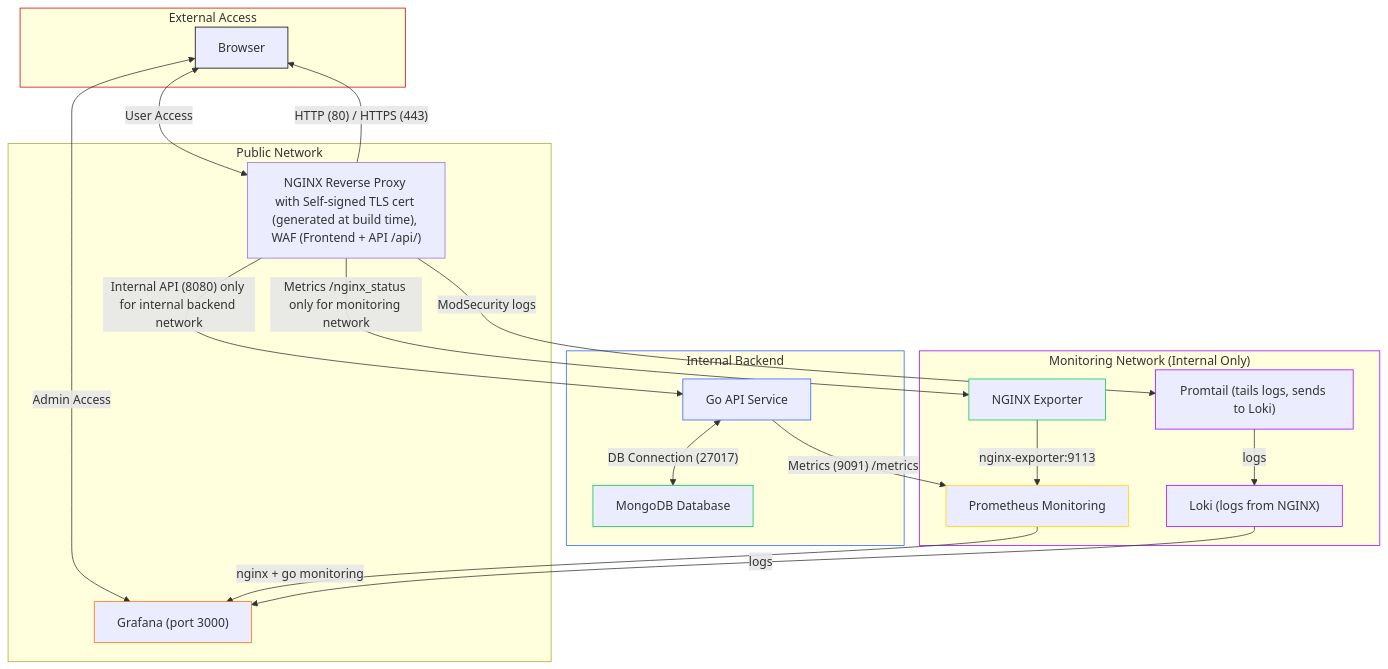
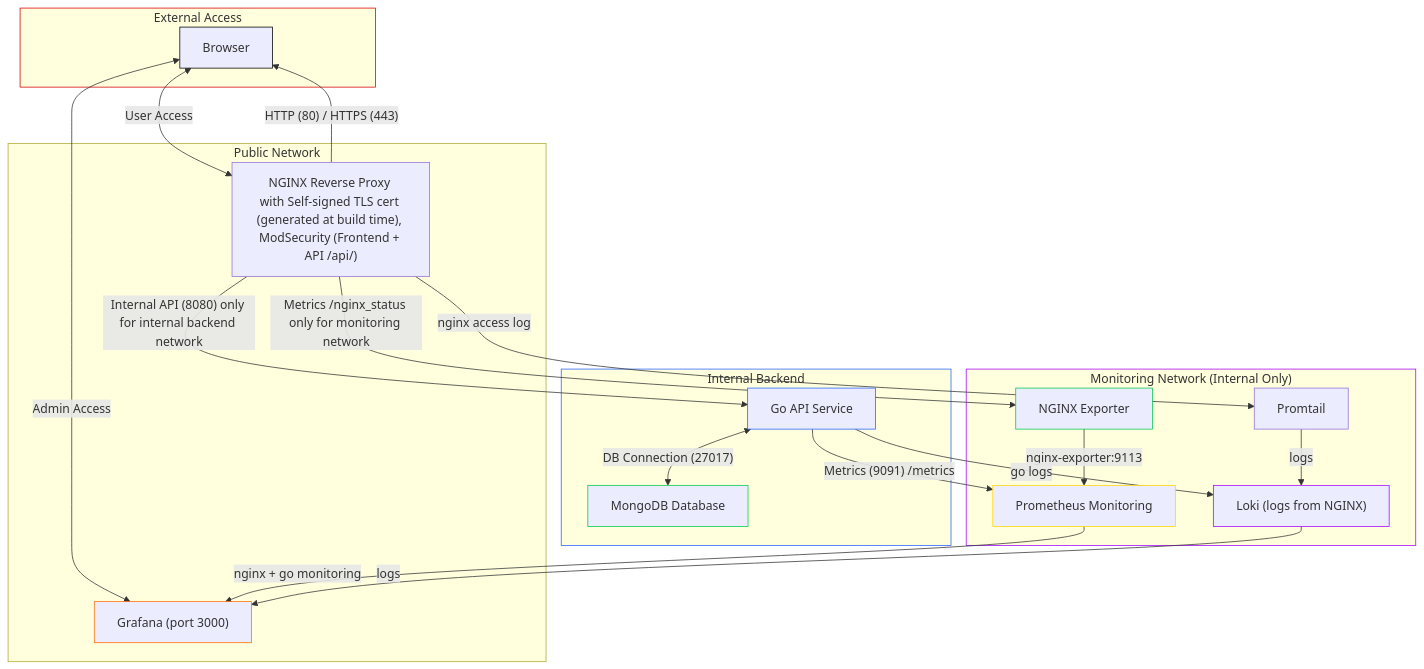
The first of 2 diagrams in README.md (KrzysztofMarciniak/go-alpinejs-mongodb-stack), drawn with Mermaid before and after one commit. The commit also changed 2 other files, not shown here.

Commit message:
update graph

````diff
--- a/README.md
+++ b/README.md
@@ -4,50 +4,46 @@
 ```mermaid
 
 flowchart TD
  subgraph External_Access["External Access"]
         Browser["Browser"]
   end
-
  subgraph Public_Network["Public Network"]
-        NGINX["NGINX Reverse Proxy with Self-signed TLS cert (generated at build time), WAF (Frontend + API /api/)"]
+        NGINX["NGINX Reverse Proxy with Self-signed TLS cert (generated at build time), ModSecurity (Frontend + API /api/)"]
         Grafana["Grafana (port 3000)"]
   end
-
  subgraph Internal_Backend["Internal Backend"]
         GoAPI["Go API Service"]
         MongoDB["MongoDB Database"]
   end
-
  subgraph Monitoring_Network["Monitoring Network (Internal Only)"]
         NGINX_Exporter["NGINX Exporter"]
         Prometheus["Prometheus Monitoring"]
         Loki["Loki (logs from NGINX)"]
-        Promtail["Promtail (tails logs, sends to Loki)"]
+        Promtail["Promtail"]
   end
-
     Browser <-- User Access --> NGINX
     Browser <-- Admin Access --> Grafana
     NGINX -- HTTP (80) / HTTPS (443) --> Browser
     NGINX -- Internal API (8080) only for internal backend network --> GoAPI
     GoAPI <-- DB Connection (27017) --> MongoDB
     NGINX -- Metrics /nginx_status only for monitoring network --> NGINX_Exporter
     GoAPI -- Metrics (9091) /metrics --> Prometheus
     NGINX_Exporter -- "nginx-exporter:9113" --> Prometheus
     Prometheus -- nginx + go monitoring --> Grafana
-    NGINX -- ModSecurity logs --> Promtail
+    NGINX -- nginx access log --> Promtail
     Promtail -- logs --> Loki
     Loki -- logs --> Grafana
+    GoAPI -- go logs --> Loki
 
     style Browser stroke:#000000
     style Grafana stroke:#FF6D00
     style GoAPI stroke:#2962FF
     style MongoDB stroke:#00C853
     style NGINX_Exporter stroke:#00C853
     style Prometheus stroke:#FFD600
     style Loki stroke:#AA00FF
-    style Promtail stroke:#AA00FF
     style External_Access stroke:#D50000
     style Internal_Backend stroke:#2962FF
     style Monitoring_Network stroke:#AA00FF
 
 ```
````
